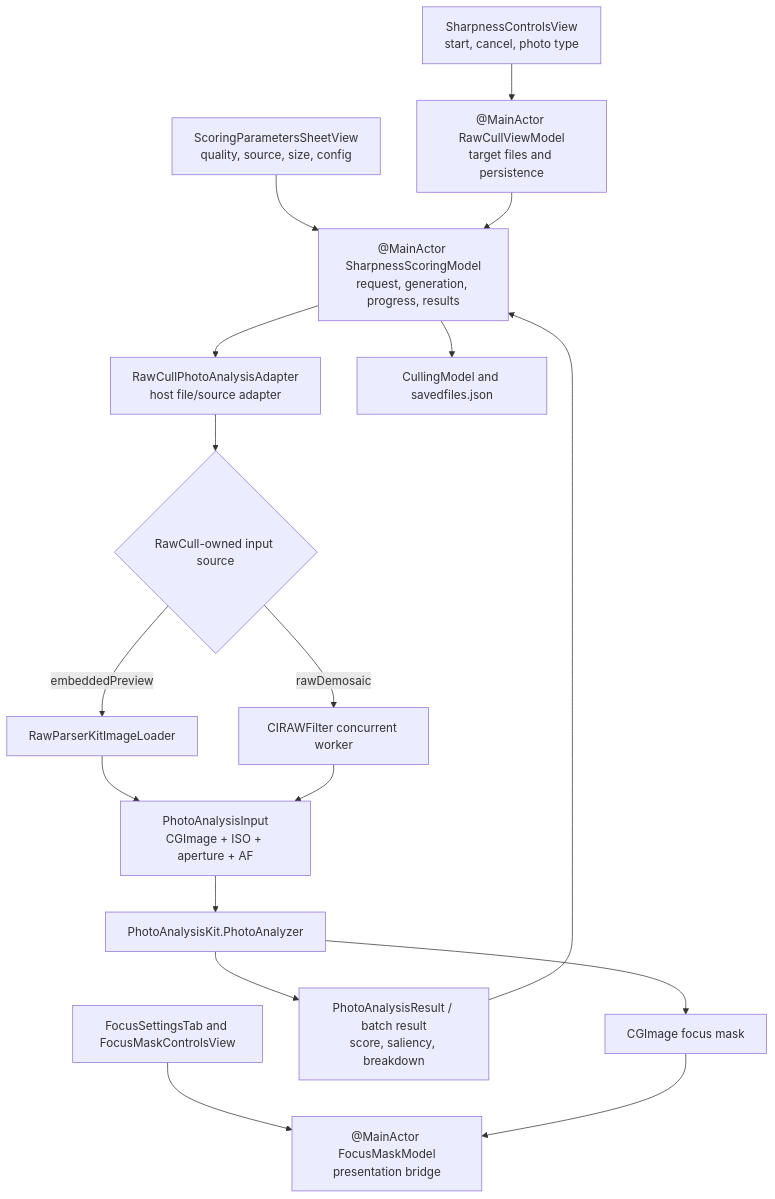
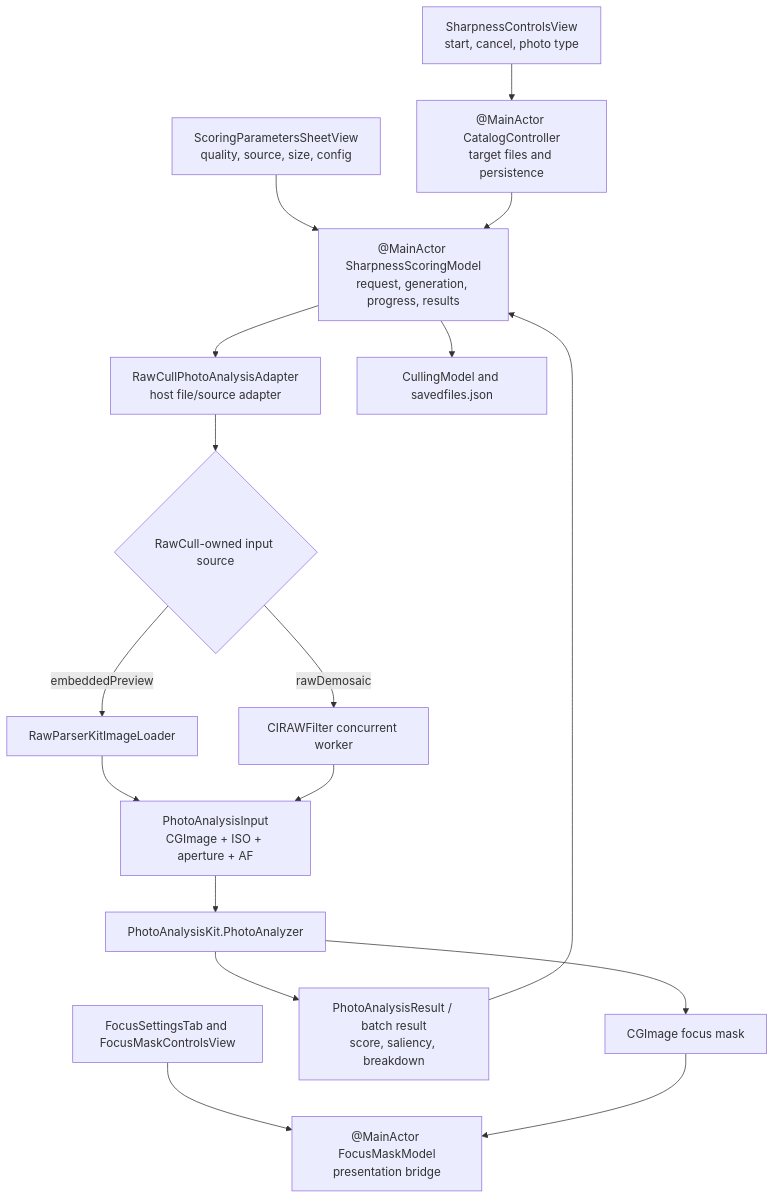
One commit to rsyncOSX/TechDocRawcull changed the diagram in content/en/docs/focusmask.md. Above: the diagram before and after it, drawn with Mermaid. The commit also changed other lines of this file and 41 other files, not shown here.

````diff
--- a/content/en/docs/focusmask.md
+++ b/content/en/docs/focusmask.md
@@ -43,19 +43,19 @@
 ```mermaid
 flowchart TD
-    CONTROLS["SharpnessControlsView<br/>start, cancel, photo type"] --> VM["@MainActor RawCullViewModel<br/>target files and persistence"]
+    CONTROLS["SharpnessControlsView<br/>start, cancel, photo type"] --> VM["@MainActor CatalogController<br/>target files and persistence"]
     SHEET["ScoringParametersSheetView<br/>quality, source, size, config"] --> MODEL["@MainActor SharpnessScoringModel<br/>request, generation, progress, results"]
     SETTINGS["FocusSettingsTab and FocusMaskControlsView"] --> FM["@MainActor FocusMaskModel<br/>presentation bridge"]
     VM --> MODEL
     MODEL --> ADAPTER["RawCullPhotoAnalysisAdapter<br/>host file/source adapter"]
     ADAPTER --> LOAD{"RawCull-owned input source"}
     LOAD -->|"embeddedPreview"| RPK["RawParserKitImageLoader"]
     LOAD -->|"rawDemosaic"| RAW["CIRAWFilter concurrent worker"]
     RPK --> INPUT["PhotoAnalysisInput<br/>CGImage + ISO + aperture + AF"]
     RAW --> INPUT
     INPUT --> ANALYZER["PhotoAnalysisKit.PhotoAnalyzer"]
     ANALYZER --> RESULTS["PhotoAnalysisResult / batch result<br/>score, saliency, breakdown"]
     ANALYZER --> MASK["CGImage focus mask"]
     RESULTS --> MODEL
     MASK --> FM
     MODEL --> PERSIST["CullingModel and savedfiles.json"]
 ```
````
